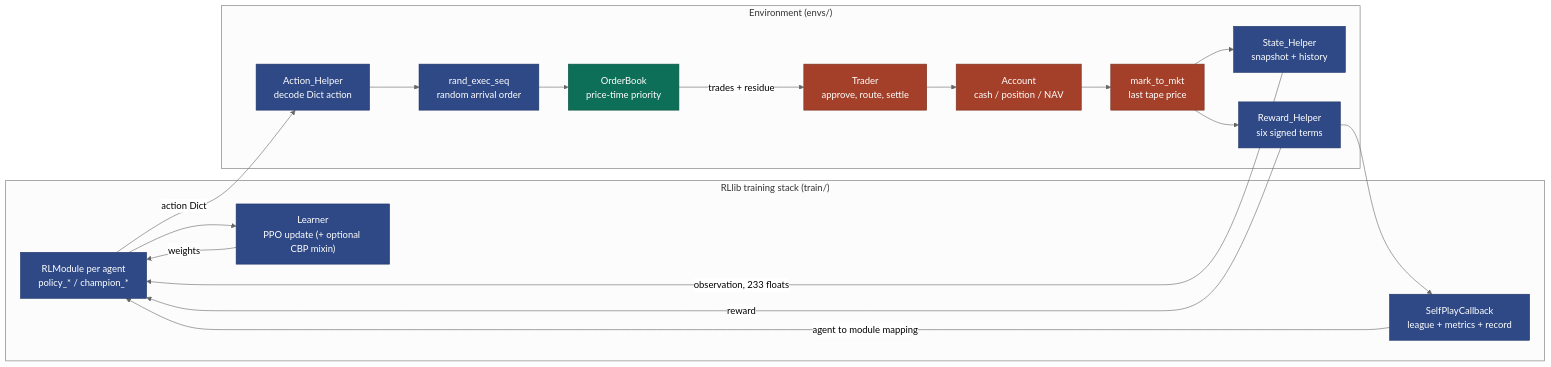
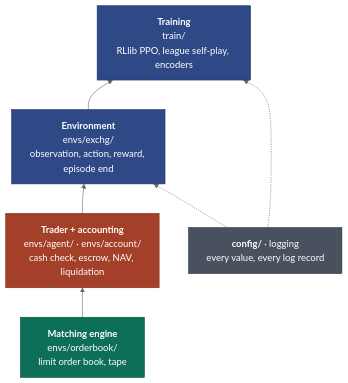
One commit to ChuaCheowHuan/gym-continuousDoubleAuction changed the diagram in README.md. Above: the diagram before and after it, drawn with Mermaid (neutral theme). The commit also changed other lines of this file and 1 other file, not shown here.

````diff
--- a/README.md
+++ b/README.md
@@ -18,40 +35,21 @@
 ```mermaid
-flowchart LR
-    subgraph RL["RLlib training stack (train/)"]
-        POL["RLModule per agent<br/>policy_* / champion_*"]
-        LRN["Learner<br/>PPO update (+ optional CBP mixin)"]
-        CB["SelfPlayCallback<br/>league + metrics + record"]
-    end
+flowchart BT
+    L1["<b>Matching engine</b><br/>envs/orderbook/<br/>limit order book, tape"]
+    L2["<b>Trader + accounting</b><br/>envs/agent/ · envs/account/<br/>cash check, escrow, NAV, liquidation"]
+    L3["<b>Environment</b><br/>envs/exchg/<br/>observation, action, reward, episode end"]
+    L4["<b>Training</b><br/>train/<br/>RLlib PPO, league self-play, encoders"]
+    X["<b>config/</b> · logging<br/>every value, every log record"]
 
-    subgraph ENV["Environment (envs/)"]
-        ACT["Action_Helper<br/>decode Dict action"]
-        SHUF["rand_exec_seq<br/>random arrival order"]
-        LOB["OrderBook<br/>price-time priority"]
-        TRD["Trader<br/>approve, route, settle"]
-        ACC["Account<br/>cash / position / NAV"]
-        MTM["mark_to_mkt<br/>last tape price"]
-        OBS["State_Helper<br/>snapshot + history"]
-        REW["Reward_Helper<br/>six signed terms"]
-    end
-
-    POL -->|"action Dict"| ACT
-    ACT --> SHUF --> LOB
-    LOB -->|"trades + residue"| TRD
-    TRD --> ACC
-    ACC --> MTM
-    MTM --> OBS
-    MTM --> REW
-    OBS -->|"observation, 233 floats"| POL
-    REW -->|"reward"| POL
-    REW --> CB
-    CB -->|"agent to module mapping"| POL
-    POL --> LRN
-    LRN -->|"weights"| POL
+    L1 --> L2 --> L3 --> L4
+    X -.-> L3
+    X -.-> L4
 
     classDef learn fill:#2E4986,stroke:#1F3366,color:#fff
     classDef book fill:#0E6F58,stroke:#0A5242,color:#fff
     classDef ledger fill:#A44029,stroke:#7A2F1E,color:#fff
-    class POL,LRN,CB,ACT,SHUF,OBS,REW learn
-    class LOB book
-    class TRD,ACC,MTM ledger
+    classDef neutral fill:#49515F,stroke:#2F353F,color:#fff
+    class L1 book
+    class L2 ledger
+    class L3,L4 learn
+    class X neutral
 ```
````
